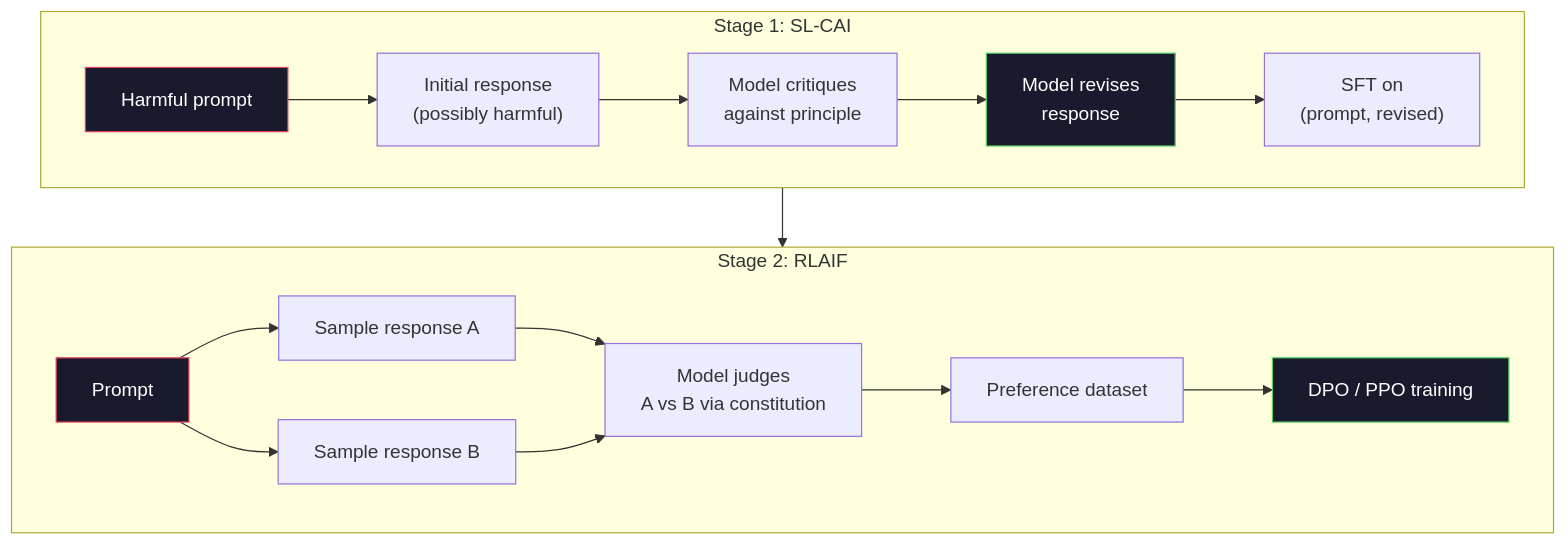
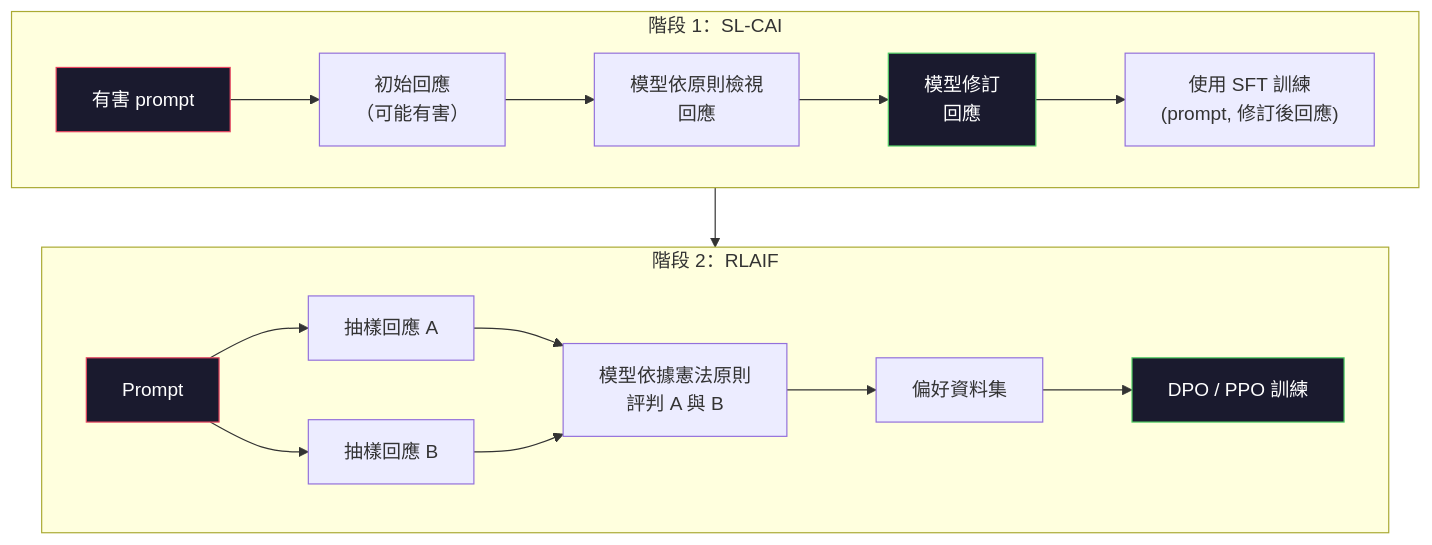
Before and after one commit to edward821220/ai-engineering-from-scratch: the first of 2 diagrams in i18n/zh-TW/phases/10-llms-from-scratch/09-constitutional-ai-self-improvement/docs/zh-TW.md, drawn with Mermaid. The commit also changed other lines of this file and 123 other files, not shown here.

````diff
--- a/i18n/zh-TW/phases/10-llms-from-scratch/09-constitutional-ai-self-improvement/docs/zh-TW.md
+++ b/i18n/zh-TW/phases/10-llms-from-scratch/09-constitutional-ai-self-improvement/docs/zh-TW.md
@@ -37,25 +37,25 @@
 ```mermaid
 graph TD
-    subgraph SL["Stage 1: SL-CAI"]
-        P1["Harmful prompt"] --> R1["Initial response\n(possibly harmful)"]
-        R1 --> C1["Model critiques\nagainst principle"]
-        C1 --> REV["Model revises\nresponse"]
-        REV --> SFT["SFT on\n(prompt, revised)"]
+    subgraph SL["階段 1：SL-CAI"]
+        P1["有害 prompt"] --> R1["初始回應\n（可能有害）"]
+        R1 --> C1["模型依原則檢視\n回應"]
+        C1 --> REV["模型修訂\n回應"]
+        REV --> SFT["使用 SFT 訓練\n(prompt, 修訂後回應)"]
     end
 
-    subgraph RL["Stage 2: RLAIF"]
-        P2["Prompt"] --> S1["Sample response A"]
-        P2 --> S2["Sample response B"]
-        S1 --> J["Model judges\nA vs B via constitution"]
+    subgraph RL["階段 2：RLAIF"]
+        P2["Prompt"] --> S1["抽樣回應 A"]
+        P2 --> S2["抽樣回應 B"]
+        S1 --> J["模型依據憲法原則\n評判 A 與 B"]
         S2 --> J
-        J --> RM["Preference dataset"]
-        RM --> TRAIN["DPO / PPO training"]
+        J --> RM["偏好資料集"]
+        RM --> TRAIN["DPO / PPO 訓練"]
     end
 
     SL --> RL
 
     style P1 fill:#1a1a2e,stroke:#e94560,color:#fff
     style REV fill:#1a1a2e,stroke:#51cf66,color:#fff
     style P2 fill:#1a1a2e,stroke:#e94560,color:#fff
     style TRAIN fill:#1a1a2e,stroke:#51cf66,color:#fff
 ```
````
